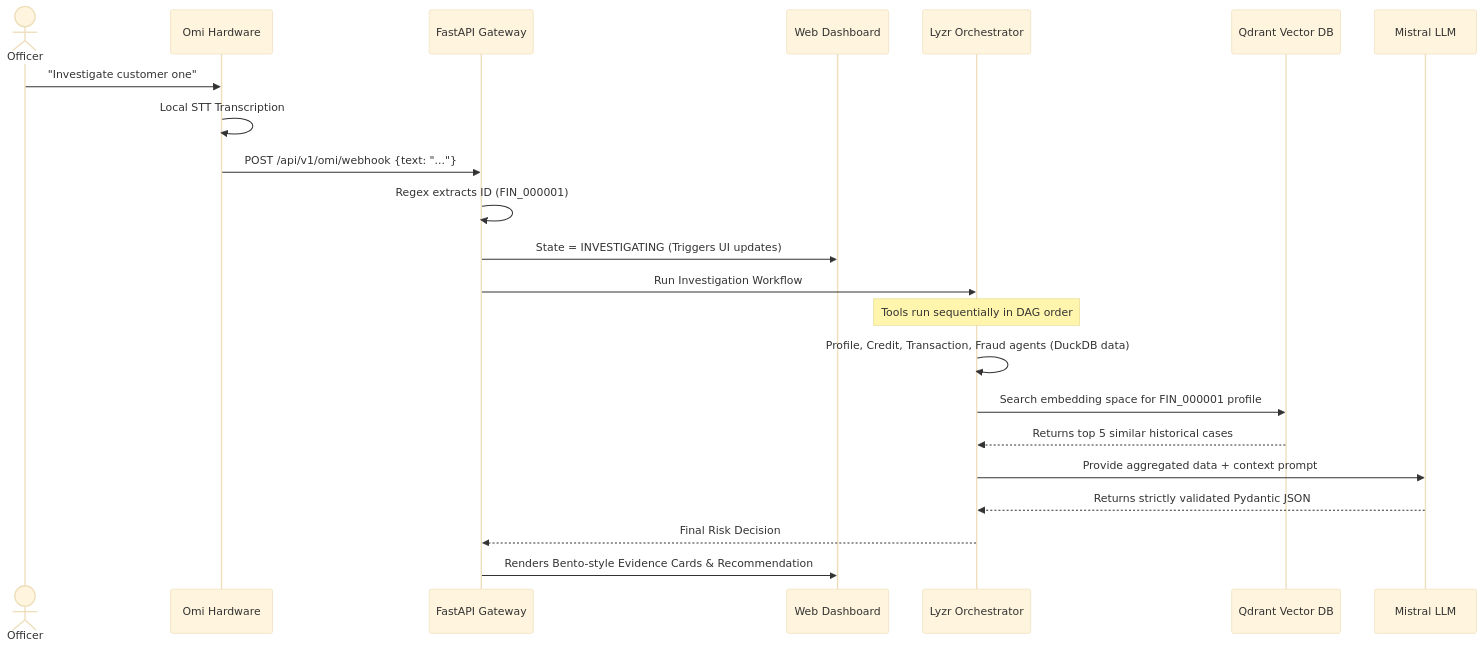
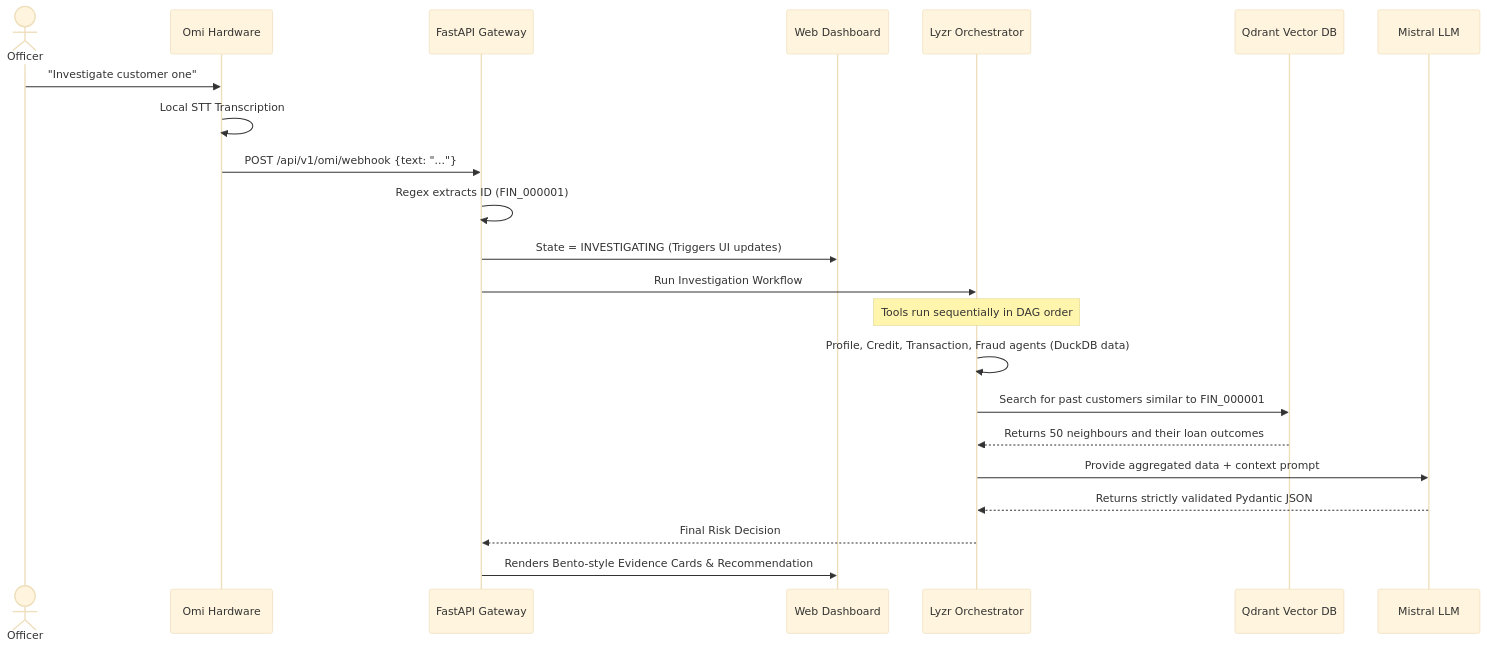
One commit to shantanushinde99/FinShield---Autonomous-Banking-Risk-Intelligence changed the third of 3 diagrams in README.md. Above: the diagram before and after it, drawn with Mermaid (base theme). The commit also changed other lines of this file and 20 other files, not shown here.

````diff
--- a/README.md
+++ b/README.md
@@ -170,30 +164,30 @@
 ```mermaid
 sequenceDiagram
     actor Officer
     participant Omi as Omi Hardware
     participant API as FastAPI Gateway
     participant UI as Web Dashboard
     participant Lyzr as Lyzr Orchestrator
     participant Qdrant as Qdrant Vector DB
     participant LLM as Mistral LLM
 
     Officer->>Omi: "Investigate customer one"
     Omi->>Omi: Local STT Transcription
     Omi->>API: POST /api/v1/omi/webhook {text: "..."}
     
     API->>API: Regex extracts ID (FIN_000001)
     API->>UI: State = INVESTIGATING (Triggers UI updates)
     
     API->>Lyzr: Run Investigation Workflow
     
     Note over Lyzr: Tools run sequentially in DAG order
     Lyzr->>Lyzr: Profile, Credit, Transaction, Fraud agents (DuckDB data)
-    Lyzr->>Qdrant: Search embedding space for FIN_000001 profile
-    Qdrant-->>Lyzr: Returns top 5 similar historical cases
+    Lyzr->>Qdrant: Search for past customers similar to FIN_000001
+    Qdrant-->>Lyzr: Returns 50 neighbours and their loan outcomes
     
     Lyzr->>LLM: Provide aggregated data + context prompt
     LLM-->>Lyzr: Returns strictly validated Pydantic JSON
     
     Lyzr-->>API: Final Risk Decision
     API->>UI: Renders Bento-style Evidence Cards & Recommendation
 ```
````
